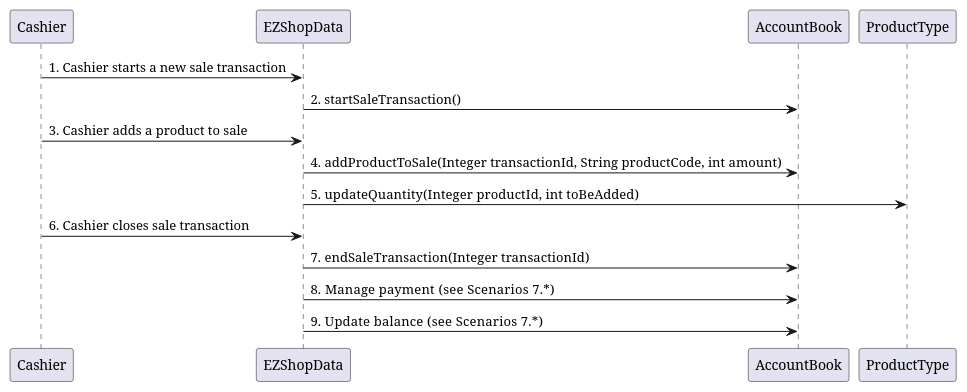
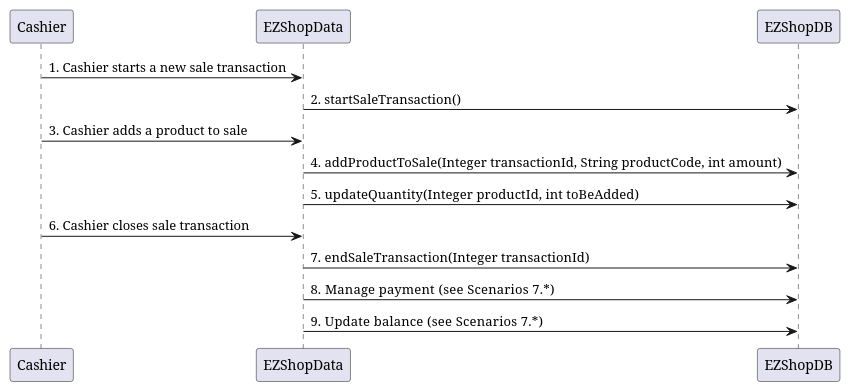
Diagram 17 of 31 in Deliverables/DesignDocument.md (djemar/softeng_ezshop), drawn with PlantUML before and after one commit. The commit also changed other lines of this file, not shown here.

Commit message:
modified Verification sequence diagrams

````diff
--- a/Deliverables/DesignDocument.md
+++ b/Deliverables/DesignDocument.md
@@ -397,12 +399,12 @@
 ```plantuml
 "Cashier" -> "EZShopData" : 1. Cashier starts a new sale transaction
-"EZShopData" -> "AccountBook" : 2.  startSaleTransaction()
+"EZShopData" -> "EZShopDB" : 2.  startSaleTransaction()
 "Cashier" -> "EZShopData" : 3. Cashier adds a product to sale
-"EZShopData" -> "AccountBook" : 4.   addProductToSale(Integer transactionId, String productCode, int amount)
-"EZShopData" -> "ProductType" : 5.   updateQuantity(Integer productId, int toBeAdded)
+"EZShopData" -> "EZShopDB" : 4.   addProductToSale(Integer transactionId, String productCode, int amount)
+"EZShopData" -> "EZShopDB" : 5.   updateQuantity(Integer productId, int toBeAdded)
 "Cashier" -> "EZShopData" : 6. Cashier closes sale transaction
-"EZShopData" -> "AccountBook" : 7.   endSaleTransaction(Integer transactionId)
-"EZShopData" -> "AccountBook" : 8.   Manage payment (see Scenarios 7.*)
-"EZShopData" -> "AccountBook" : 9.   Update balance (see Scenarios 7.*)
+"EZShopData" -> "EZShopDB" : 7.   endSaleTransaction(Integer transactionId)
+"EZShopData" -> "EZShopDB" : 8.   Manage payment (see Scenarios 7.*)
+"EZShopData" -> "EZShopDB" : 9.   Update balance (see Scenarios 7.*)
 
 ```
````
